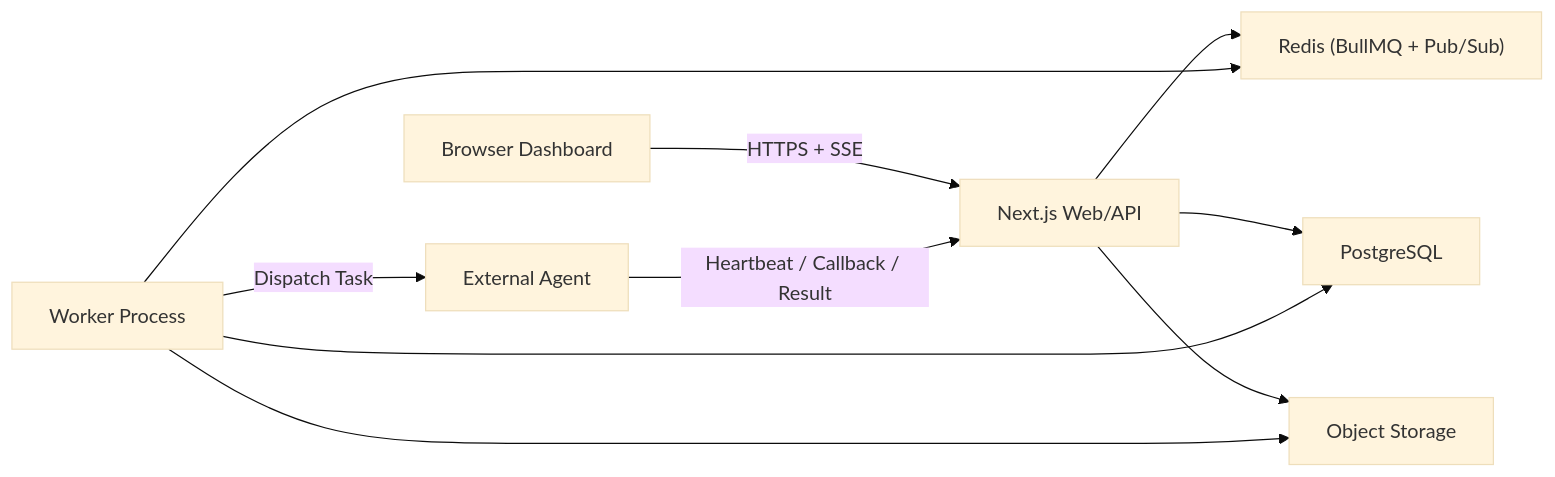
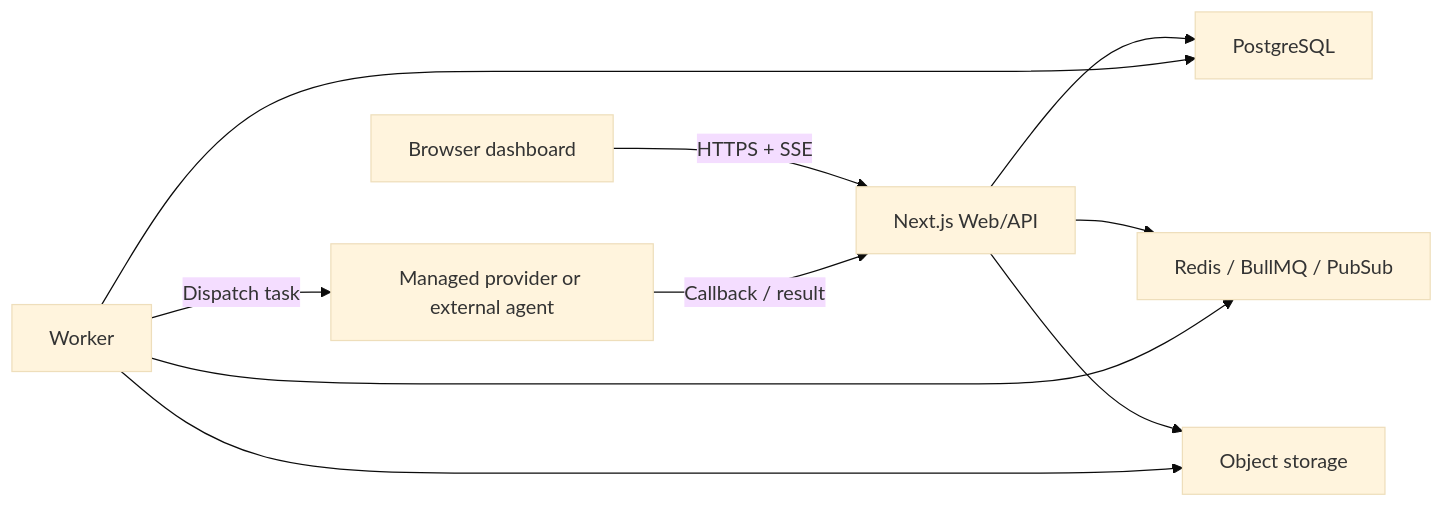
Before and after one commit to gatsby047-oss/agentcompany: the diagram in docs/ARCHITECTURE.md, drawn with Mermaid (base theme). The commit also changed other lines of this file and 7 other files, not shown here.

````diff
--- a/docs/ARCHITECTURE.md
+++ b/docs/ARCHITECTURE.md
@@ -41,12 +31,12 @@
 ```mermaid
 flowchart LR
-  U["Browser Dashboard"] -->|"HTTPS + SSE"| A["Next.js Web/API"]
-  G["External Agent"] -->|"Heartbeat / Callback / Result"| A
-  A --> D["PostgreSQL"]
-  A --> R["Redis (BullMQ + Pub/Sub)"]
-  A --> O["Object Storage"]
-  W["Worker Process"] --> R
-  W --> D
-  W --> O
-  W -->|"Dispatch Task"| G
+  B["Browser dashboard"] -->|"HTTPS + SSE"| W["Next.js Web/API"]
+  W --> D["PostgreSQL"]
+  W --> R["Redis / BullMQ / PubSub"]
+  W --> O["Object storage"]
+  K["Worker"] --> D
+  K --> R
+  K --> O
+  K -->|"Dispatch task"| P["Managed provider or external agent"]
+  P -->|"Callback / result"| W
 ```
````
